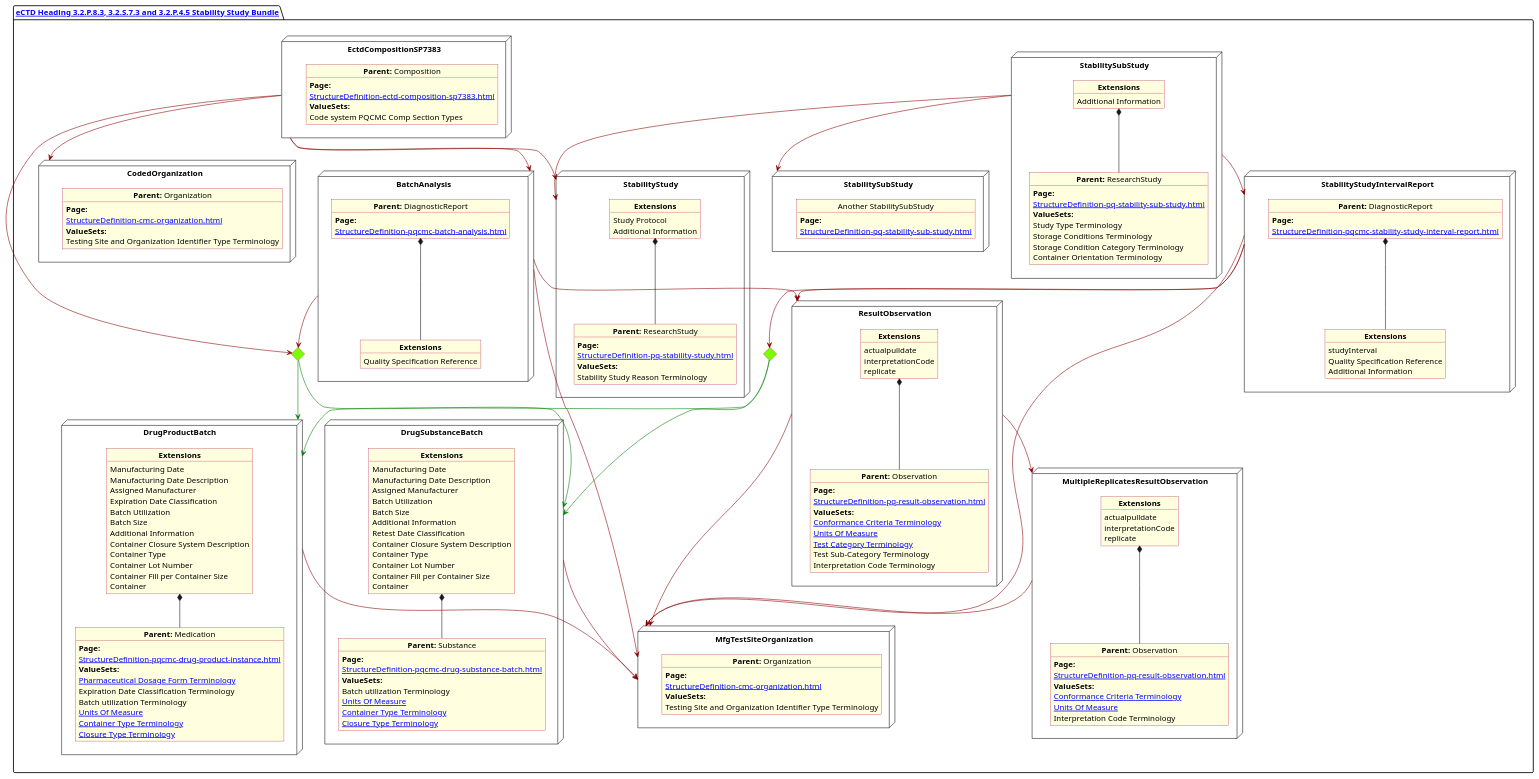
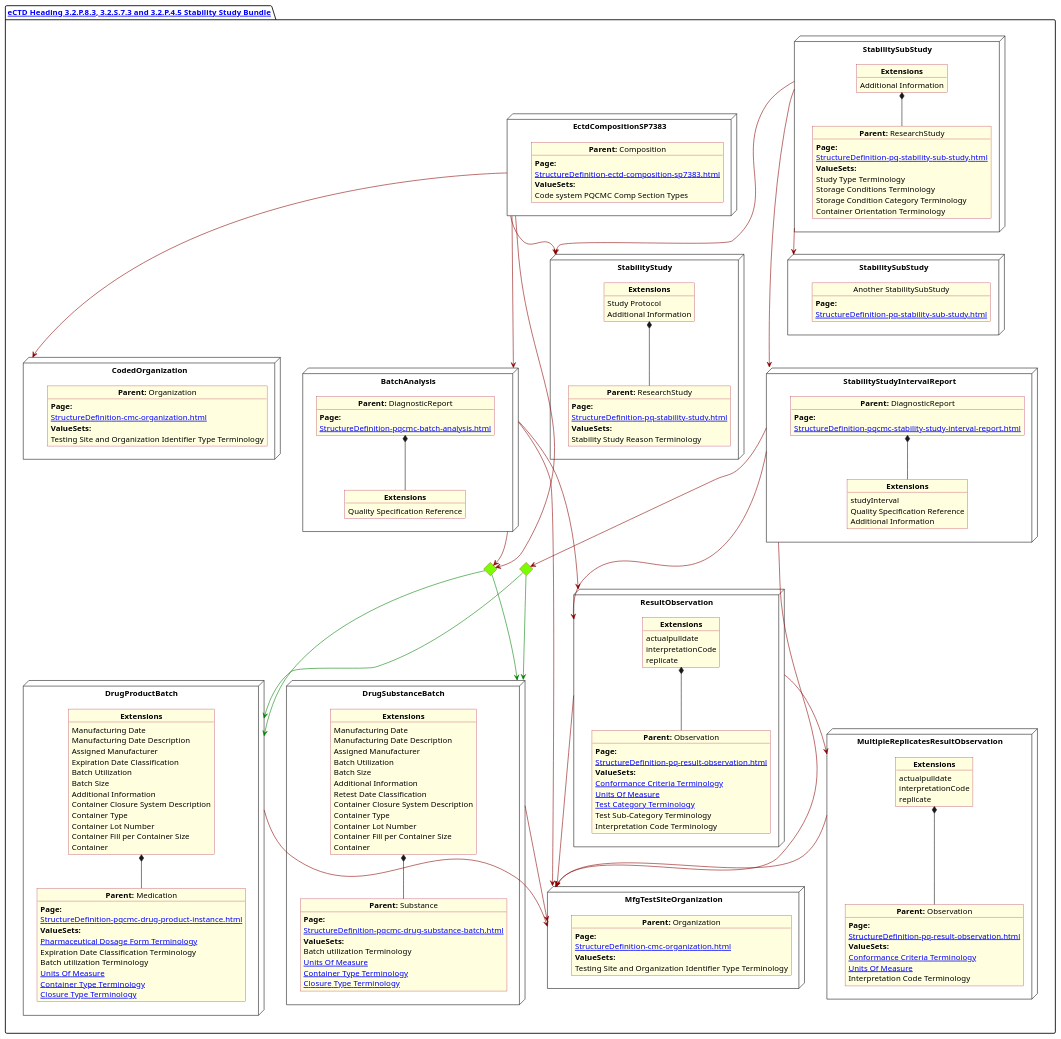
Before and after one commit to HL7/FHIR-us-pq-cmc-fda: the diagram in input/images-source/Stability.plantuml, drawn with PlantUML. The commit also changed 13 other files, not shown here.

```diff
--- a/input/images-source/Stability.plantuml
+++ b/input/images-source/Stability.plantuml
@@ -211,19 +211,19 @@
               }
        }
 
-       CH -[#green]-> NN
-       CH -[#green]-> NNS
-       CH3 -[#green]-> NN
-       CH3 -[#green]-> NNS
-       N1 -[#darkred]-> CH
-       N1 -[#darkred]-> N2
-       N1 -[#darkred]-> NSO
-       N2 -[#darkred]-> CH
-       N2 -[#darkred]-> NMFG
-       N2 -[#darkred]-> NNOBS
-       Ninterval -[#darkred]-> CH3
-       Ninterval -[#darkred]-> NMFG
-       Ninterval -[#darkred]-> NNOBS
+       CH -[#green]--> NN
+       CH -[#green]--> NNS
+       CH3 -[#green]--> NN
+       CH3 -[#green]--> NNS
+       N1 -[#darkred]--> CH
+       N1 -[#darkred]--> N2
+       N1 -[#darkred]--> NSO
+       N2 -[#darkred]--> CH
+       N2 -[#darkred]--> NMFG
+       N2 -[#darkred]--> NNOBS
+       Ninterval -[#darkred]--> CH3
+       Ninterval -[#darkred]--> NMFG
+       Ninterval -[#darkred]--> NNOBS
        NN -[#darkred]-> NMFG
        NNOBS -[#darkred]-> NMFG
        NNOBS -[#darkred]-> NNstage
@@ -231,7 +231,7 @@
        NNstage -[#darkred]-> NMFG
        NSub -[#darkred]-> Ninterval
        N1 -[#darkred]-> NMain
-       NSub -[#darkred]-> NSub2
-       NSub -[#darkred]-> NMain
+       NSub -[#darkred]--> NSub2
+       NSub -[#darkred]--> NMain
 }
 @enduml
```
